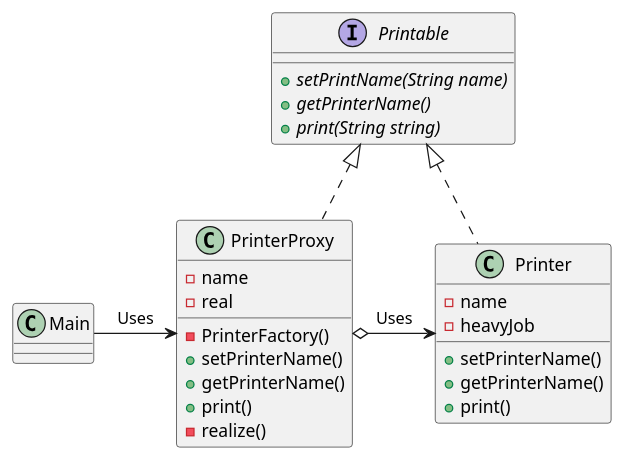
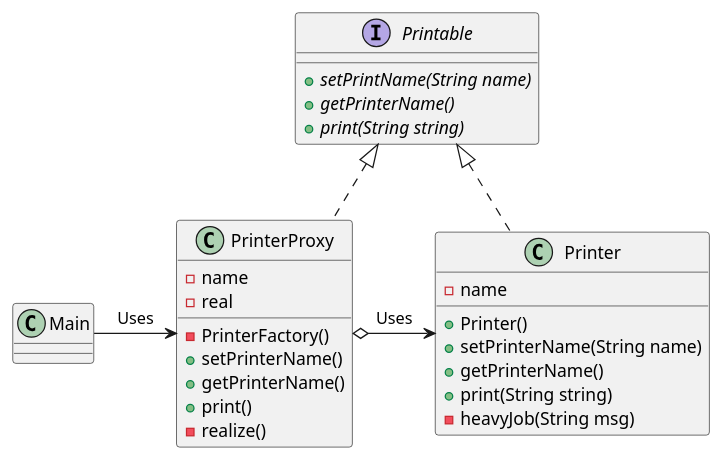
The diagram in Proxy/README.md (ku2ma2/design_pattern), drawn with PlantUML before and after one commit. The commit also changed 3 other files, not shown here.

````diff
--- a/Proxy/README.md
+++ b/Proxy/README.md
@@ -4,39 +4,40 @@
 ```uml
 @startuml
 
 interface Printable {
     {abstract} +setPrintName(String name)
     {abstract} +getPrinterName()
     {abstract} +print(String string)
 }
 
 class PrinterProxy {
     -name
     -real
     -PrinterFactory()
     +setPrinterName()
     +getPrinterName()
     +print()
     -realize()
 }
 
 class Printer {
     -name
-    +setPrinterName()
+    +Printer()
+    +setPrinterName(String name)
     +getPrinterName()
-    +print()
-    -heavyJob
+    +print(String string)
+    -heavyJob(String msg)
 }
 
 class Main {
     
 }
 
 PrinterProxy .up.|> Printable
 Printer .up.|> Printable
 PrinterProxy o-right-> Printer: Uses
 Main -right-> PrinterProxy: Uses
 
 
 @enduml
 ```
````
